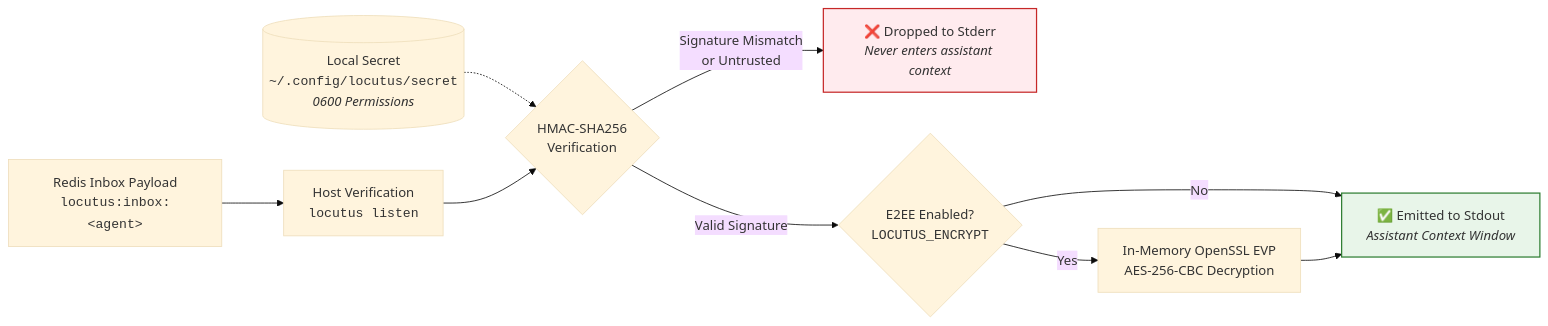
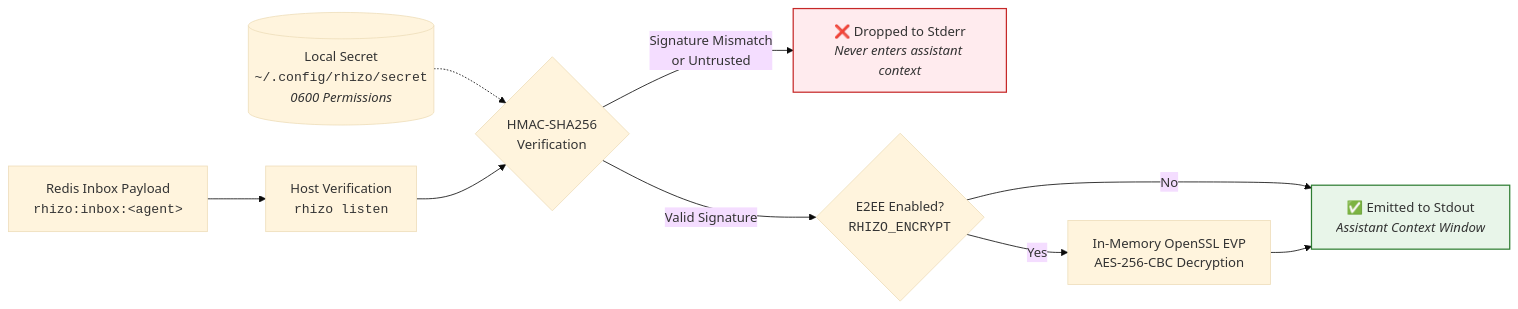
Before and after one commit to axiomantic/locu: the fourth of 5 diagrams in README.md, drawn with Mermaid (base theme). The commit also changed other lines of this file and 4 other files, not shown here.

````diff
--- a/README.md
+++ b/README.md
@@ -985,16 +942,16 @@
 ```mermaid
 flowchart LR
-    RedisIn["Redis Inbox Payload<br/><code>locutus:inbox:&lt;agent&gt;</code>"] --> Listen["Host Verification<br/><code>locutus listen</code>"]
-    Secret[("Local Secret<br/><code>~/.config/locutus/secret</code><br/><i>0600 Permissions</i>")] -.-> HMAC
+    RedisIn["Redis Inbox Payload<br/><code>rhizo:inbox:&lt;agent&gt;</code>"] --> Listen["Host Verification<br/><code>rhizo listen</code>"]
+    Secret[("Local Secret<br/><code>~/.config/rhizo/secret</code><br/><i>0600 Permissions</i>")] -.-> HMAC
     Listen --> HMAC{"HMAC-SHA256<br/>Verification"}
     HMAC -->|Signature Mismatch<br/>or Untrusted| Drop["❌ Dropped to Stderr<br/><i>Never enters assistant context</i>"]
-    HMAC -->|Valid Signature| Decrypt{"E2EE Enabled?<br/><code>LOCUTUS_ENCRYPT</code>"}
+    HMAC -->|Valid Signature| Decrypt{"E2EE Enabled?<br/><code>RHIZO_ENCRYPT</code>"}
     Decrypt -->|Yes| AES["In-Memory OpenSSL EVP<br/>AES-256-CBC Decryption"]
     Decrypt -->|No| Stdout["✅ Emitted to Stdout<br/><i>Assistant Context Window</i>"]
     AES --> Stdout
 
     classDef valid fill:#e8f5e9,stroke:#2e7d32,stroke-width:1.5px;
     classDef invalid fill:#ffebee,stroke:#c62828,stroke-width:1.5px;
     class Stdout valid;
     class Drop invalid;
 ```
````
